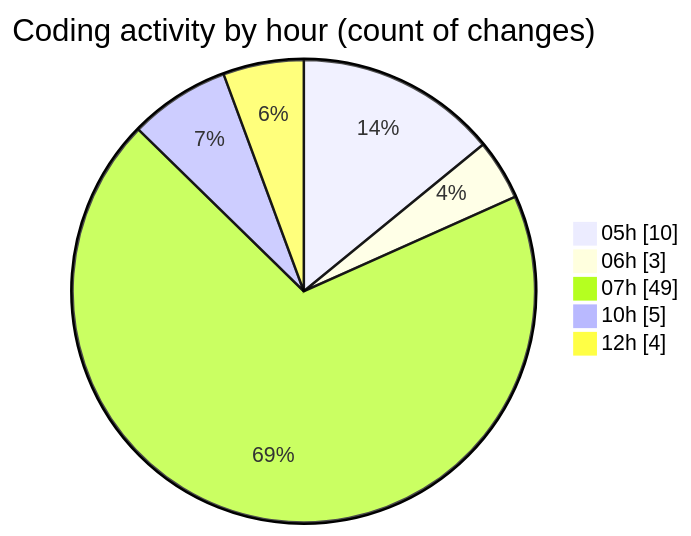
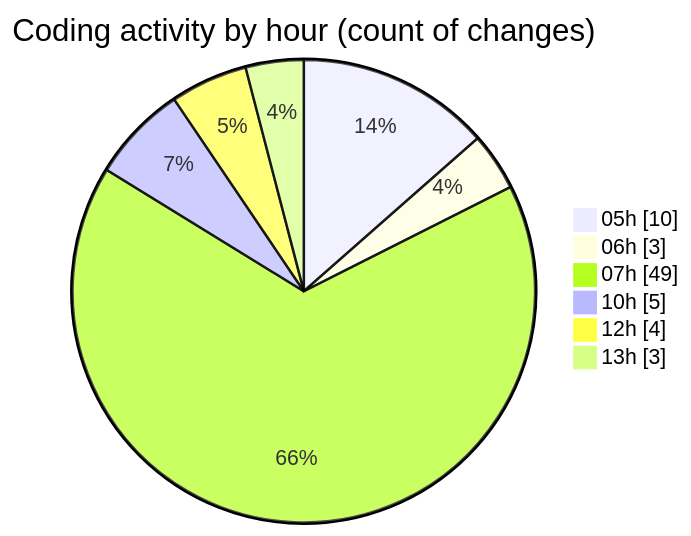
Before and after one commit to vahidmafi/code-tracking: the second of 2 diagrams in 2025-09-06/shop/README.md, drawn with Mermaid. The commit also changed other lines of this file and 1 other file, not shown here.

````diff
--- a/2025-09-06/shop/README.md
+++ b/2025-09-06/shop/README.md
@@ -45,9 +46,10 @@
 ```mermaid
 pie showData
 title Coding activity by hour (count of changes)
 "05h" : 10
 "06h" : 3
 "07h" : 49
 "10h" : 5
 "12h" : 4
+"13h" : 3
 ```
````
